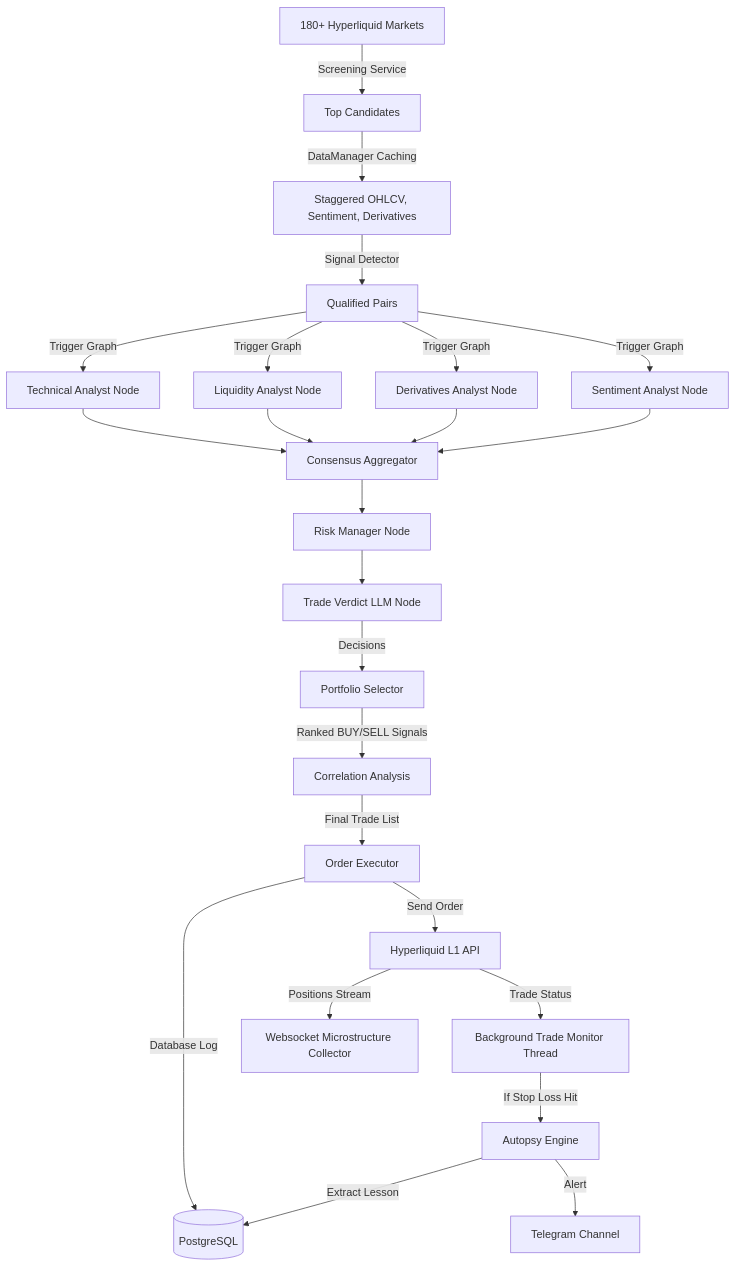
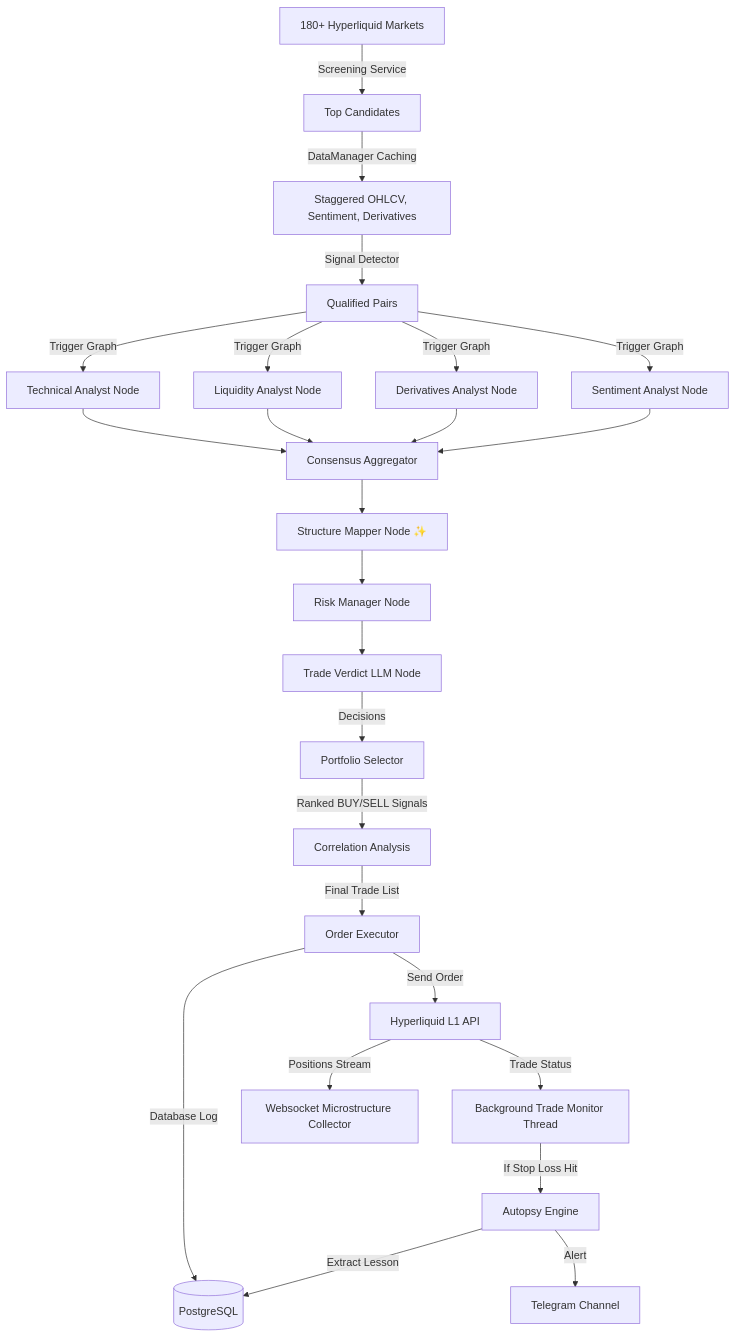
One commit to NasFahmi/dyadix changed the diagram in project_analysis.md. Above: the diagram before and after it, drawn with Mermaid. The commit also changed other lines of this file and 11 other files, not shown here.

Commit message:
add node for structure mapper

````diff
--- a/project_analysis.md
+++ b/project_analysis.md
@@ -11,35 +11,36 @@
 ```mermaid
 graph TD
     %% Pre-processing & Caching Layer
     180_Markets[180+ Hyperliquid Markets] -->|Screening Service| Top_10[Top Candidates]
     Top_10 -->|DataManager Caching| Cache[Staggered OHLCV, Sentiment, Derivatives]
     Cache -->|Signal Detector| Qualified[Qualified Pairs]
     
     %% LangGraph Flow
-    Qualified -->|Trigger Graph| TA[Technical Analyst Node]
-    Qualified -->|Trigger Graph| LA[Liquidity Analyst Node]
-    Qualified -->|Trigger Graph| DA[Derivatives Analyst Node]
-    Qualified -->|Trigger Graph| SA[Sentiment Analyst Node]
+    Qualified --> |Trigger Graph| TA[Technical Analyst Node]
+    Qualified --> |Trigger Graph| LA[Liquidity Analyst Node]
+    Qualified --> |Trigger Graph| DA[Derivatives Analyst Node]
+    Qualified --> |Trigger Graph| SA[Sentiment Analyst Node]
     
     TA --> AGG[Consensus Aggregator]
     LA --> AGG
     DA --> AGG
     SA --> AGG
     
-    AGG --> RM[Risk Manager Node]
+    AGG --> SM["Structure Mapper Node ✨"]
+    SM --> RM[Risk Manager Node]
     RM --> FD[Trade Verdict LLM Node]
     
     %% Portfolio Filter & Order Execution
-    FD -->|Decisions| PS[Portfolio Selector]
-    PS -->|Ranked BUY/SELL Signals| CA[Correlation Analysis]
-    CA -->|Final Trade List| Exec[Order Executor]
-    Exec -->|Database Log| DB[(PostgreSQL)]
-    Exec -->|Send Order| DEX[Hyperliquid L1 API]
+    FD --> |Decisions| PS[Portfolio Selector]
+    PS --> |Ranked BUY/SELL Signals| CA[Correlation Analysis]
+    CA --> |Final Trade List| Exec[Order Executor]
+    Exec --> |Database Log| DB[(PostgreSQL)]
+    Exec --> |Send Order| DEX[Hyperliquid L1 API]
     
     %% Background Monitoring Loop
-    DEX -->|Positions Stream| WS[Websocket Microstructure Collector]
-    DEX -->|Trade Status| TM[Background Trade Monitor Thread]
-    TM -->|If Stop Loss Hit| AE[Autopsy Engine]
-    AE -->|Extract Lesson| DB
-    AE -->|Alert| TG[Telegram Channel]
+    DEX --> |Positions Stream| WS[Websocket Microstructure Collector]
+    DEX --> |Trade Status| TM[Background Trade Monitor Thread]
+    TM --> |If Stop Loss Hit| AE[Autopsy Engine]
+    AE --> |Extract Lesson| DB
+    AE --> |Alert| TG[Telegram Channel]
 ```
````
